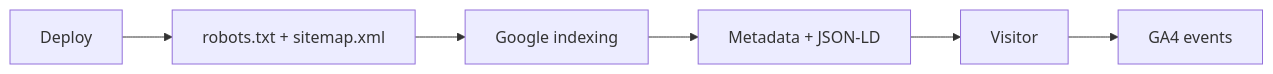
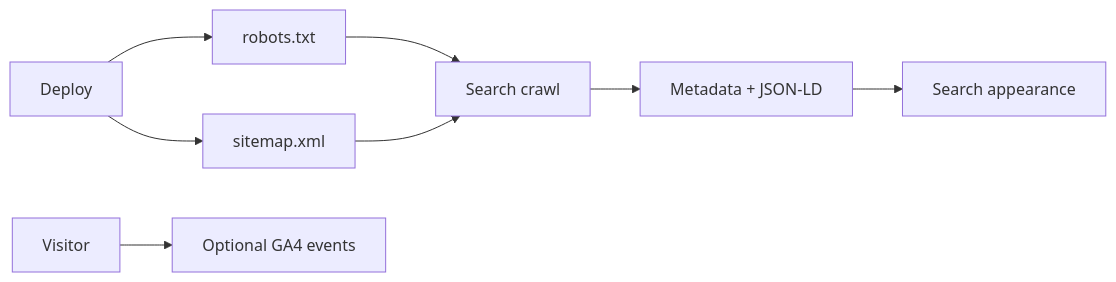
The first of 5 diagrams in docs/SEO_AND_ANALYTICS.md (SidheshwarSarangal/portfoionew), drawn with Mermaid before and after one commit. The commit also changed other lines of this file and 8 other files, not shown here.

````diff
--- a/docs/SEO_AND_ANALYTICS.md
+++ b/docs/SEO_AND_ANALYTICS.md
@@ -5,8 +5,10 @@
 ```mermaid
 flowchart LR
-  Deploy[Deploy] --> Crawl[robots.txt + sitemap.xml]
-  Crawl --> Index[Google indexing]
-  Index --> Appearance[Metadata + JSON-LD]
-  Appearance --> Visit[Visitor]
-  Visit --> Measure[GA4 events]
+  Deploy[Deploy] --> Robots[robots.txt]
+  Deploy --> Sitemap[sitemap.xml]
+  Robots --> Crawl[Search crawl]
+  Sitemap --> Crawl
+  Crawl --> Meta[Metadata + JSON-LD]
+  Meta --> Search[Search appearance]
+  Visitor[Visitor] --> GA[Optional GA4 events]
 ```
````
